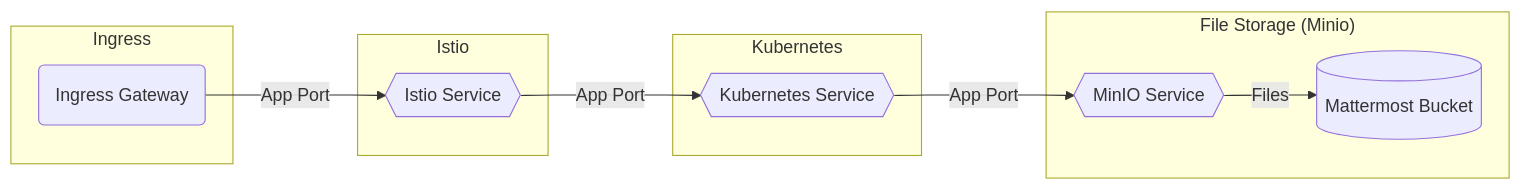
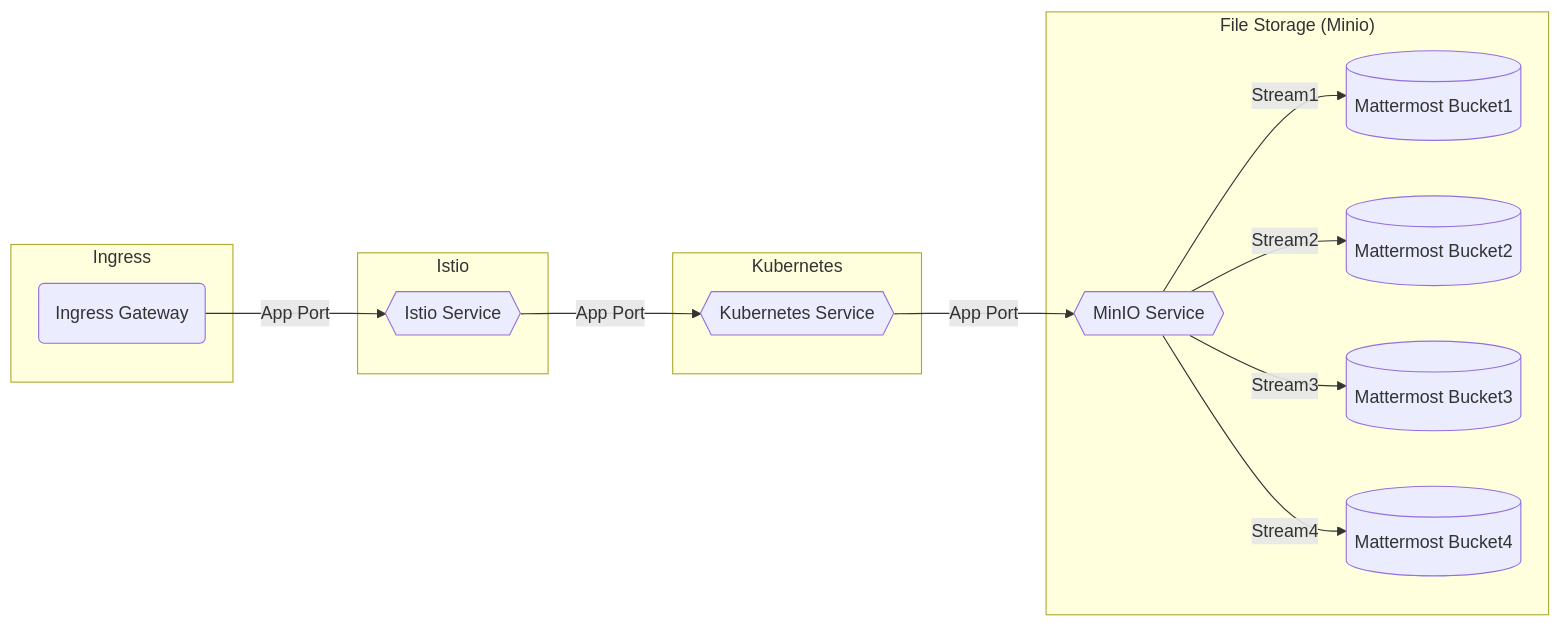
One commit to rjferguson21/big-bang changed the diagram in charter/packages/minio/Architecture.md. Above: the diagram before and after it, drawn with Mermaid.

Commit message:
Updateing diagram for 4 streams

````diff
--- a/charter/packages/minio/Architecture.md
+++ b/charter/packages/minio/Architecture.md
@@ -12,19 +12,22 @@
 ```mermaid
 graph LR  
 
 subgraph "File Storage (Minio)"
-  minioservice{{MinIO Service}} --"Files"--> bucket[(Mattermost Bucket)]
+  minioservice{{MinIO Service}} --"Stream1"--> bucket1[(Mattermost Bucket1)]
+  minioservice{{MinIO Service}} --"Stream2"--> bucket2[(Mattermost Bucket2)]
+  minioservice{{MinIO Service}} --"Stream3"--> bucket3[(Mattermost Bucket3)]
+  minioservice{{MinIO Service}} --"Stream4"--> bucket4[(Mattermost Bucket4)]
 end
 
 subgraph "Kubernetes"
   kubeservice{{Kubernetes Service}} --"App Port"--> minioservice
 end 
 
 subgraph "Istio"
     istservice{{Istio Service}} --"App Port"--> kubeservice
   end
 
 subgraph "Ingress"
   ig(Ingress Gateway) --"App Port"--> istservice
 end 
 ```
````
